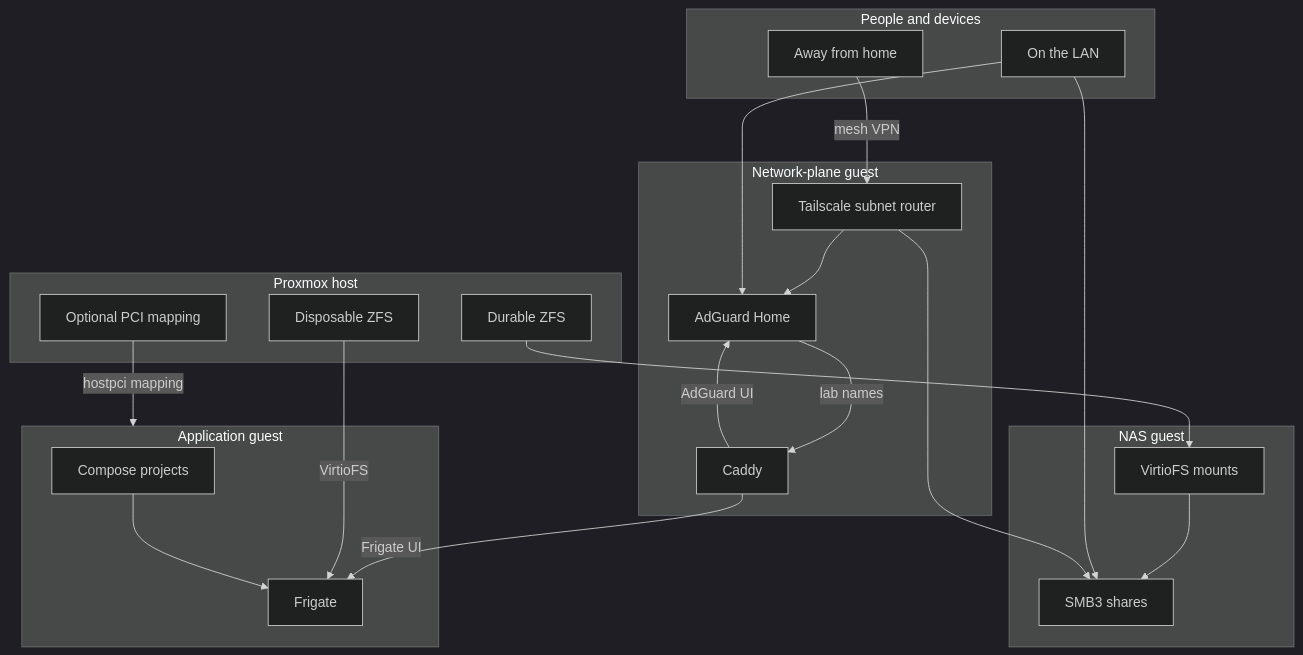
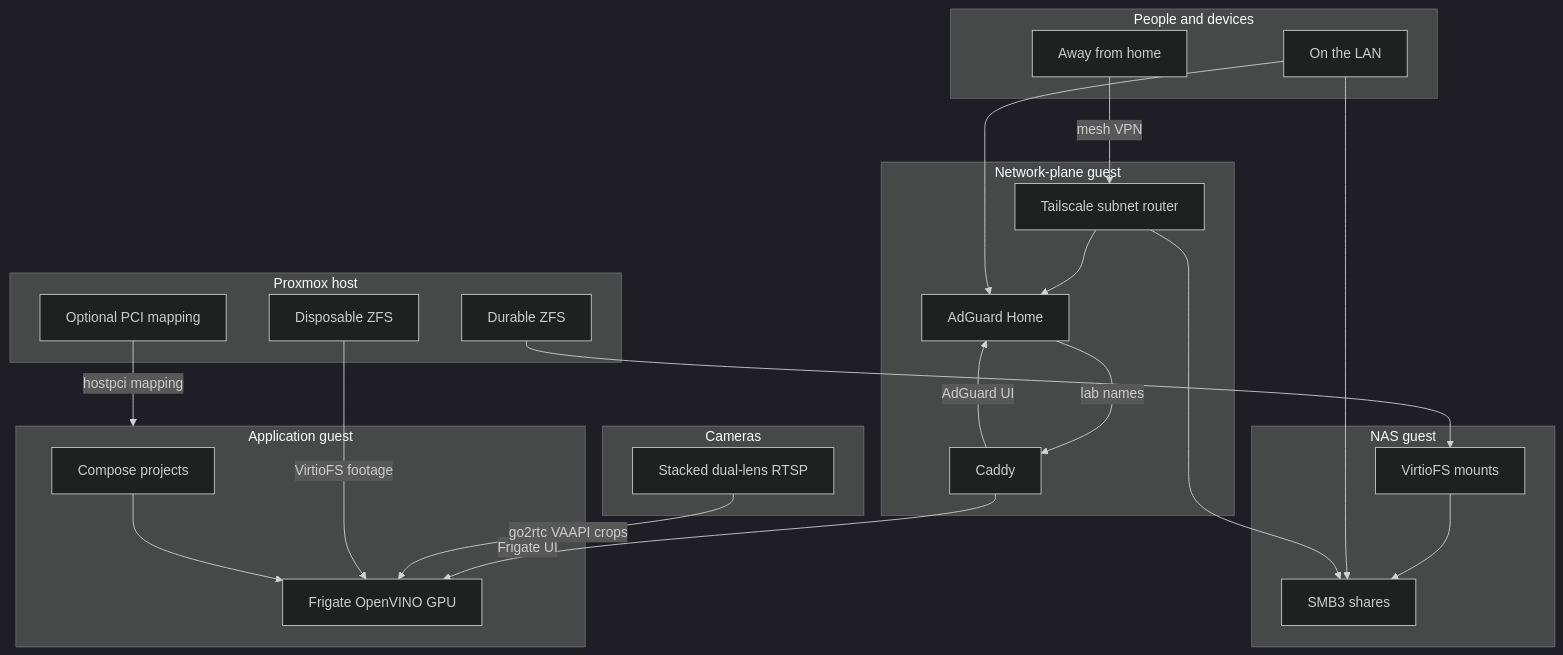
Before and after one commit to herickmotta/homelab: the first of 3 diagrams in README.md, drawn with Mermaid (dark theme). The commit also changed 2 other files, not shown here.

Commit message:
Fix YOLOv9 ONNX export on current uv and macOS.
uv rejects the onnx-simplifier dist name; install onnxsim instead, and hash with shasum when sha256sum is missing.

````diff
--- a/README.md
+++ b/README.md
@@ -23,44 +23,49 @@
 ```mermaid
 flowchart TB
   subgraph people["People and devices"]
     lan["On the LAN"]
     away["Away from home"]
   end
 
   subgraph net["Network-plane guest"]
     dns["AdGuard Home"]
     proxy["Caddy"]
     mesh["Tailscale subnet router"]
   end
 
   subgraph host["Proxmox host"]
     durable["Durable ZFS"]
     disposable["Disposable ZFS"]
     igpu["Optional PCI mapping"]
   end
 
   subgraph nas["NAS guest"]
     virtio["VirtioFS mounts"]
     smb["SMB3 shares"]
   end
 
   subgraph apps["Application guest"]
     compose["Compose projects"]
-    frigate["Frigate"]
+    frigate["Frigate OpenVINO GPU"]
+  end
+
+  subgraph cameras["Cameras"]
+    stacked["Stacked dual-lens RTSP"]
   end
 
   away -->|"mesh VPN"| mesh
   mesh --> dns
   lan --> dns
   dns -->|"lab names"| proxy
   proxy -->|"AdGuard UI"| dns
   proxy -->|"Frigate UI"| frigate
+  stacked -->|"go2rtc VAAPI crops"| frigate
 
   durable --> virtio
   virtio --> smb
   lan --> smb
   mesh --> smb
-  disposable -->|"VirtioFS"| frigate
+  disposable -->|"VirtioFS footage"| frigate
   igpu -->|"hostpci mapping"| apps
   compose --> frigate
 ```
````
